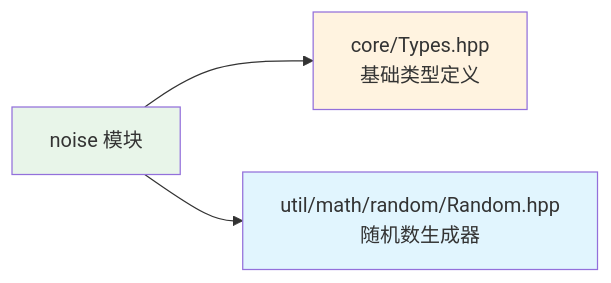
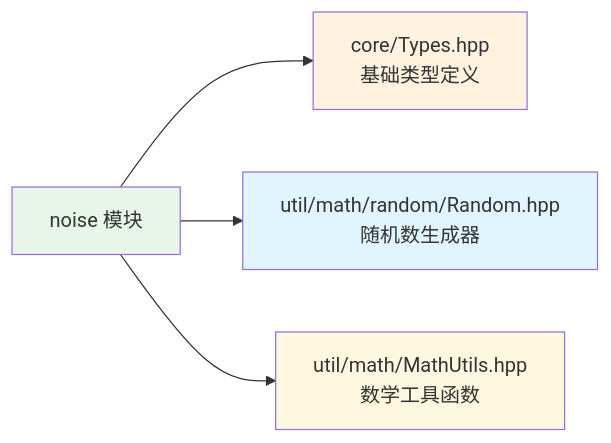
One commit to g122622/Cubium changed the third of 3 diagrams in src/common/world/gen/noise/README.md. Above: the diagram before and after it, drawn with Mermaid. The commit also changed other lines of this file and 4 other files, not shown here.

First line of the commit message:
refactor: 将 lerp3 三线性插值函数从 ImprovedNoiseGenerator 移至 MathUtils

````diff
--- a/src/common/world/gen/noise/README.md
+++ b/src/common/world/gen/noise/README.md
@@ -258,9 +259,11 @@
 ```mermaid
 graph LR
     A[noise 模块] --> B[core/Types.hpp<br/>基础类型定义]
     A --> C[util/math/random/Random.hpp<br/>随机数生成器]
-    
+    A --> D[util/math/MathUtils.hpp<br/>数学工具函数]
+
     style A fill:#e8f5e9
     style B fill:#fff3e0
     style C fill:#e1f5fe
+    style D fill:#fff8e1
 ```
````
